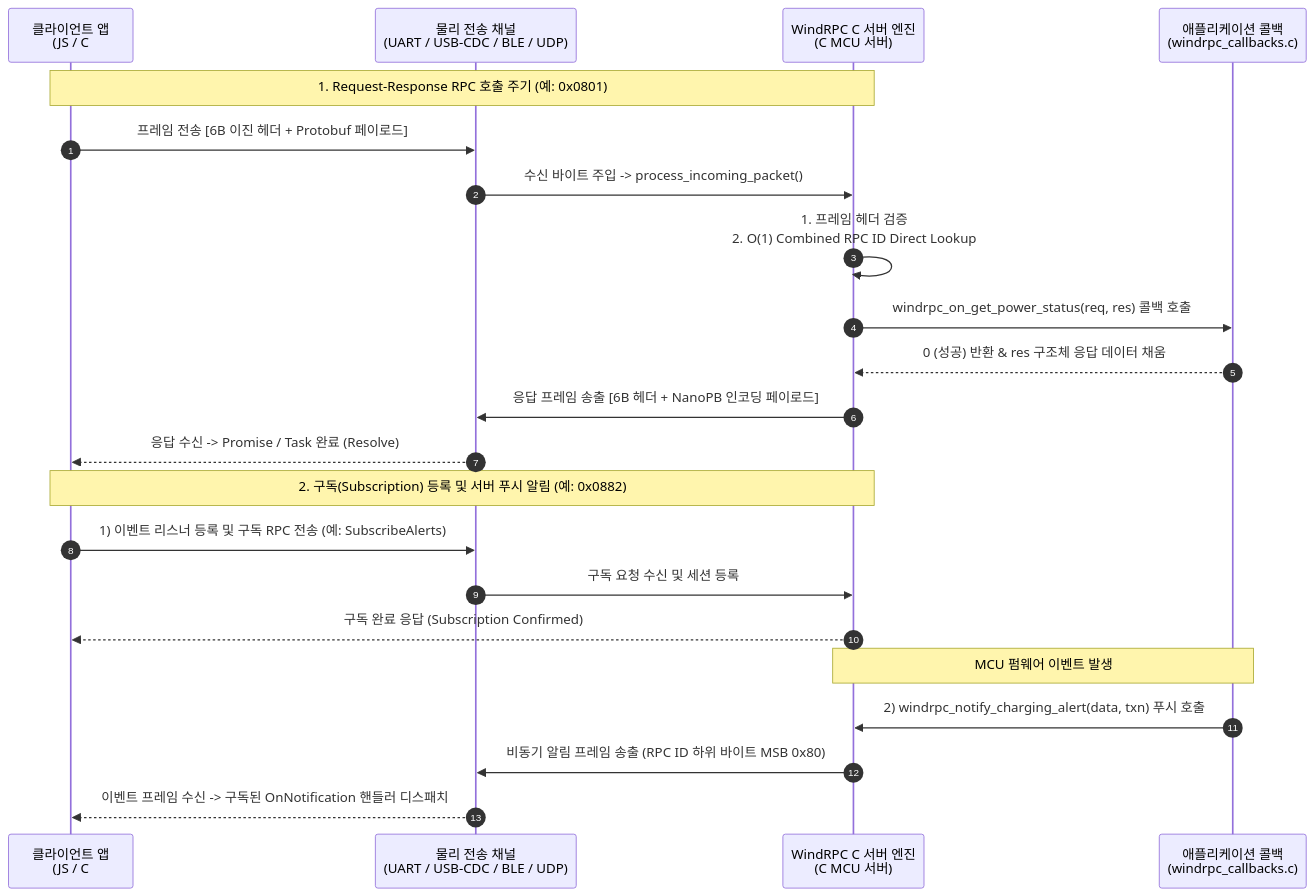
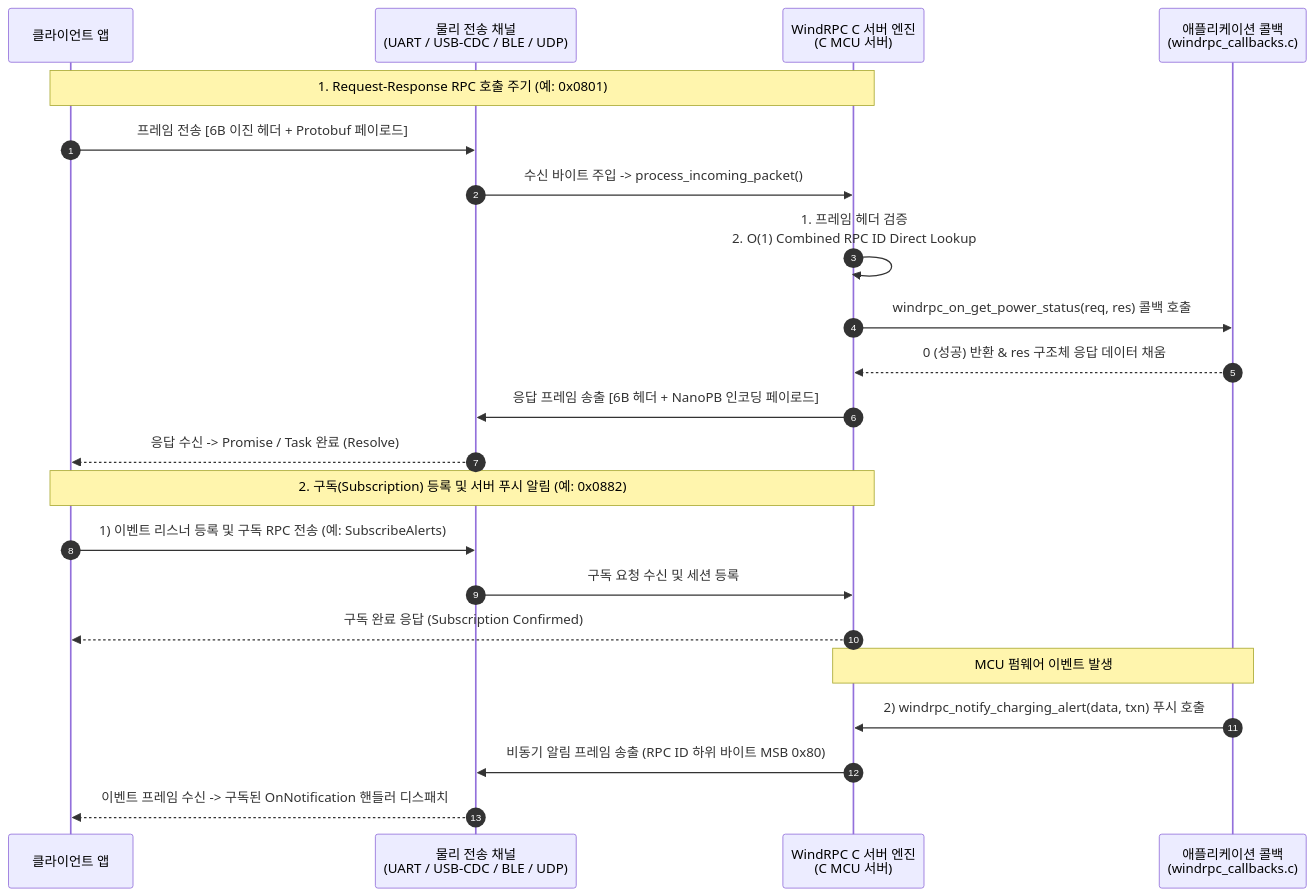
The second of 2 diagrams in README.KR.md (micro-artwork/windrpc), drawn with Mermaid before and after one commit. The commit also changed 1 other file, not shown here.

Commit message:
fix: compact sequence diagram participant label to prevent Mermaid text cutoff

````diff
--- a/README.KR.md
+++ b/README.KR.md
@@ -54,26 +54,26 @@
 ```mermaid
 sequenceDiagram
     autonumber
-    participant Client as 클라이언트 앱<br/>(JS / C# / Python)
+    participant Client as 클라이언트 앱
     participant Transport as 물리 전송 채널<br/>(UART / USB-CDC / BLE / UDP)
     participant Engine as WindRPC C 서버 엔진<br/>(C MCU 서버)
     participant App as 애플리케이션 콜백<br/>(windrpc_callbacks.c)
 
     Note over Client, Engine: 1. Request-Response RPC 호출 주기 (예: 0x0801)
     Client->>Transport: 프레임 전송 [6B 이진 헤더 + Protobuf 페이로드]
     Transport->>Engine: 수신 바이트 주입 -> process_incoming_packet()
     Engine->>Engine: 1. 프레임 헤더 검증<br/>2. O(1) Combined RPC ID Direct Lookup
     Engine->>App: windrpc_on_get_power_status(req, res) 콜백 호출
     App-->>Engine: 0 (성공) 반환 & res 구조체 응답 데이터 채움
     Engine->>Transport: 응답 프레임 송출 [6B 헤더 + NanoPB 인코딩 페이로드]
     Transport-->>Client: 응답 수신 -> Promise / Task 완료 (Resolve)
 
     Note over Client, Engine: 2. 구독(Subscription) 등록 및 서버 푸시 알림 (예: 0x0882)
     Client->>Transport: 1) 이벤트 리스너 등록 및 구독 RPC 전송 (예: SubscribeAlerts)
     Transport->>Engine: 구독 요청 수신 및 세션 등록
     Engine-->>Client: 구독 완료 응답 (Subscription Confirmed)
     Note over Engine, App: MCU 펌웨어 이벤트 발생
     App->>Engine: 2) windrpc_notify_charging_alert(data, txn) 푸시 호출
     Engine->>Transport: 비동기 알림 프레임 송출 (RPC ID 하위 바이트 MSB 0x80)
     Transport-->>Client: 이벤트 프레임 수신 -> 구독된 OnNotification 핸들러 디스패치
 ```
````
